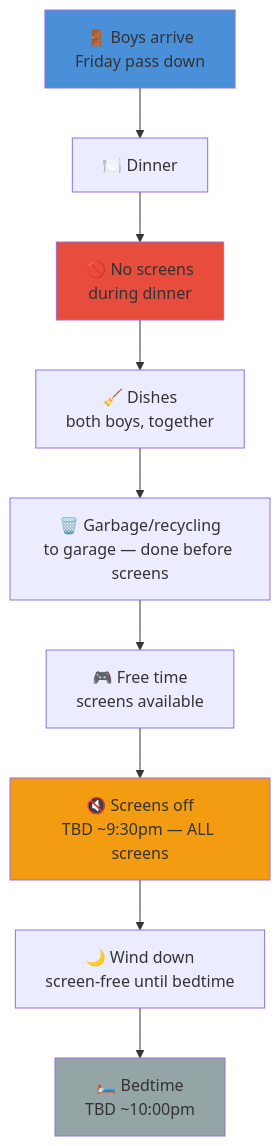
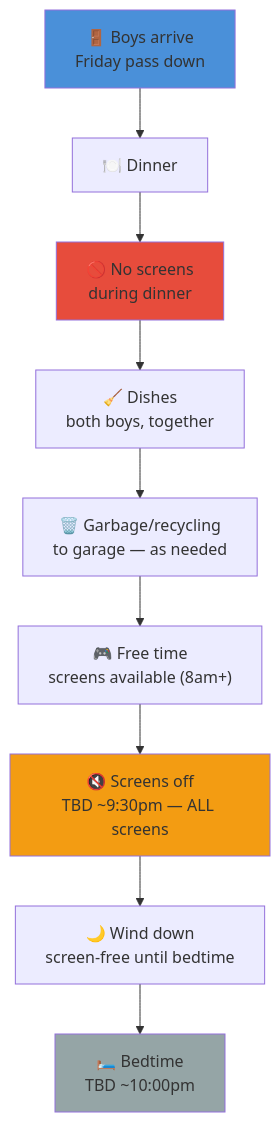
Before and after one commit to ajass/technology-reset: the diagram in day-types/01-friday.md, drawn with Mermaid. The commit also changed other lines of this file and 7 other files, not shown here.

Commit message:
Garbage is part of floor not screen gate (after dishes/as needed), screens available at 8am noted, diagrams updated

````diff
--- a/day-types/01-friday.md
+++ b/day-types/01-friday.md
@@ -7,16 +7,16 @@
 ```mermaid
 flowchart TD
     A["🚪 Boys arrive<br/>Friday pass down"] --> B["🍽️ Dinner"]
     B --> C["🚫 No screens<br/>during dinner"]
     C --> D["🧹 Dishes<br/>both boys, together"]
-    D --> E["🗑️ Garbage/recycling<br/>to garage — done before screens"]
-    E --> F["🎮 Free time<br/>screens available"]
+    D --> E["🗑️ Garbage/recycling<br/>to garage — as needed"]
+    E --> F["🎮 Free time<br/>screens available (8am+)"]
     F --> G["🔇 Screens off<br/>TBD ~9:30pm — ALL screens"]
     G --> H["🌙 Wind down<br/>screen-free until bedtime"]
     H --> I["🛏️ Bedtime<br/>TBD ~10:00pm"]
 
     style A fill:#4a90d9
     style C fill:#e74c3c
     style G fill:#f39c12
     style I fill:#95a5a6
 ```
````
